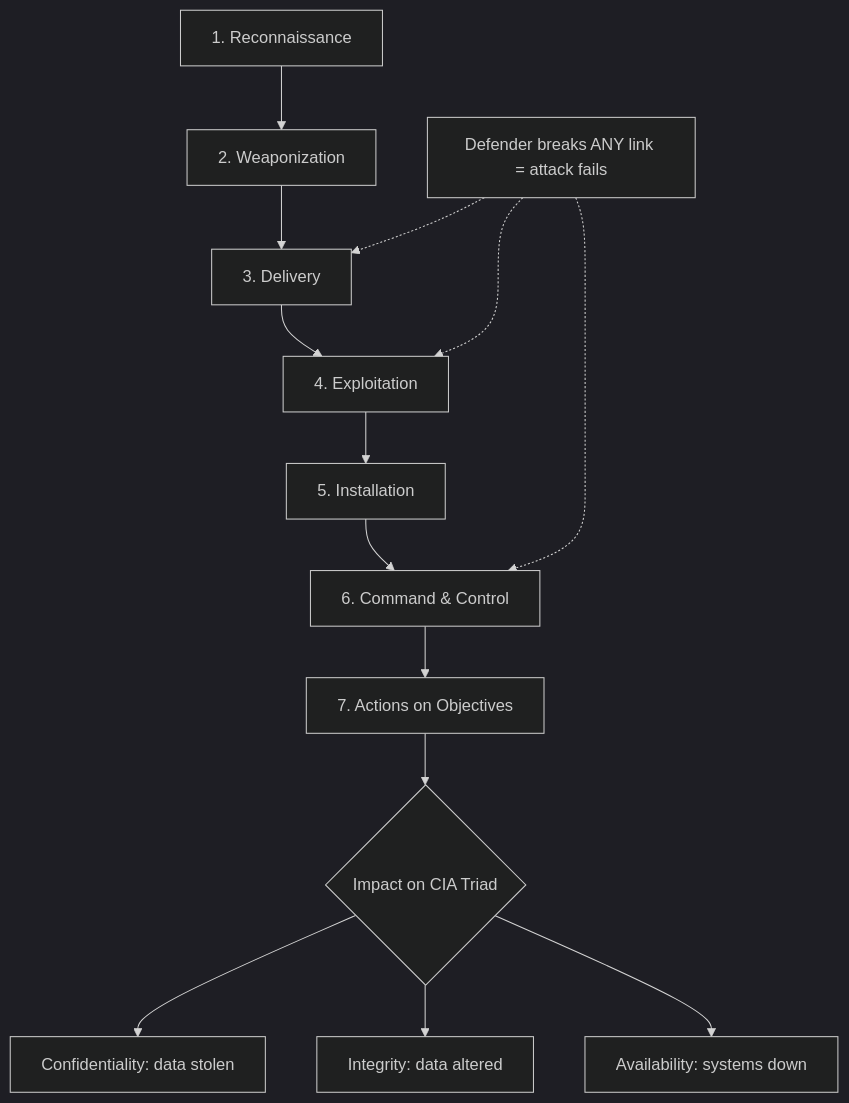
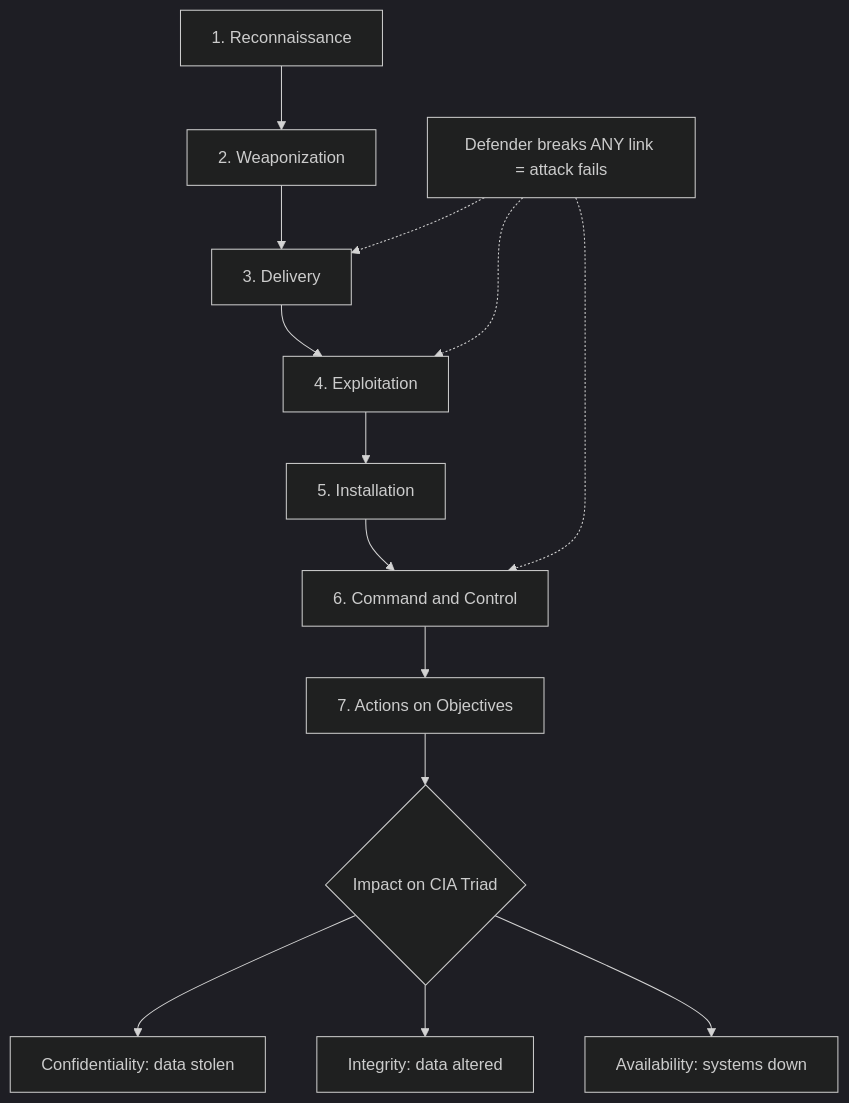
Before and after one commit to AbhisHub-12/ccsp: the third of 5 diagrams in 01-ethical-hacking-foundation/module-02-introduction-to-cyber-security.md, drawn with Mermaid (dark theme). The commit also changed other lines of this file and 13 other files, not shown here.

First line of the commit message:
Enhance modules with visuals: more diagrams, tables, images, callouts

````diff
--- a/01-ethical-hacking-foundation/module-02-introduction-to-cyber-security.md
+++ b/01-ethical-hacking-foundation/module-02-introduction-to-cyber-security.md
@@ -125,19 +182,19 @@
 ```mermaid
 flowchart TD
     A[1. Reconnaissance] --> B[2. Weaponization]
     B --> C[3. Delivery]
     C --> D[4. Exploitation]
     D --> E[5. Installation]
-    E --> F[6. Command & Control]
+    E --> F[6. Command and Control]
     F --> G[7. Actions on Objectives]
 
-    DEF1[Defender breaks ANY link = attack fails]
-    DEF1 -.-> C
-    DEF1 -.-> D
-    DEF1 -.-> F
+    DEF[Defender breaks ANY link = attack fails]
+    DEF -.-> C
+    DEF -.-> D
+    DEF -.-> F
 
     G --> CIA{Impact on CIA Triad}
     CIA --> C1[Confidentiality: data stolen]
     CIA --> I1[Integrity: data altered]
     CIA --> AV1[Availability: systems down]
 ```
````
